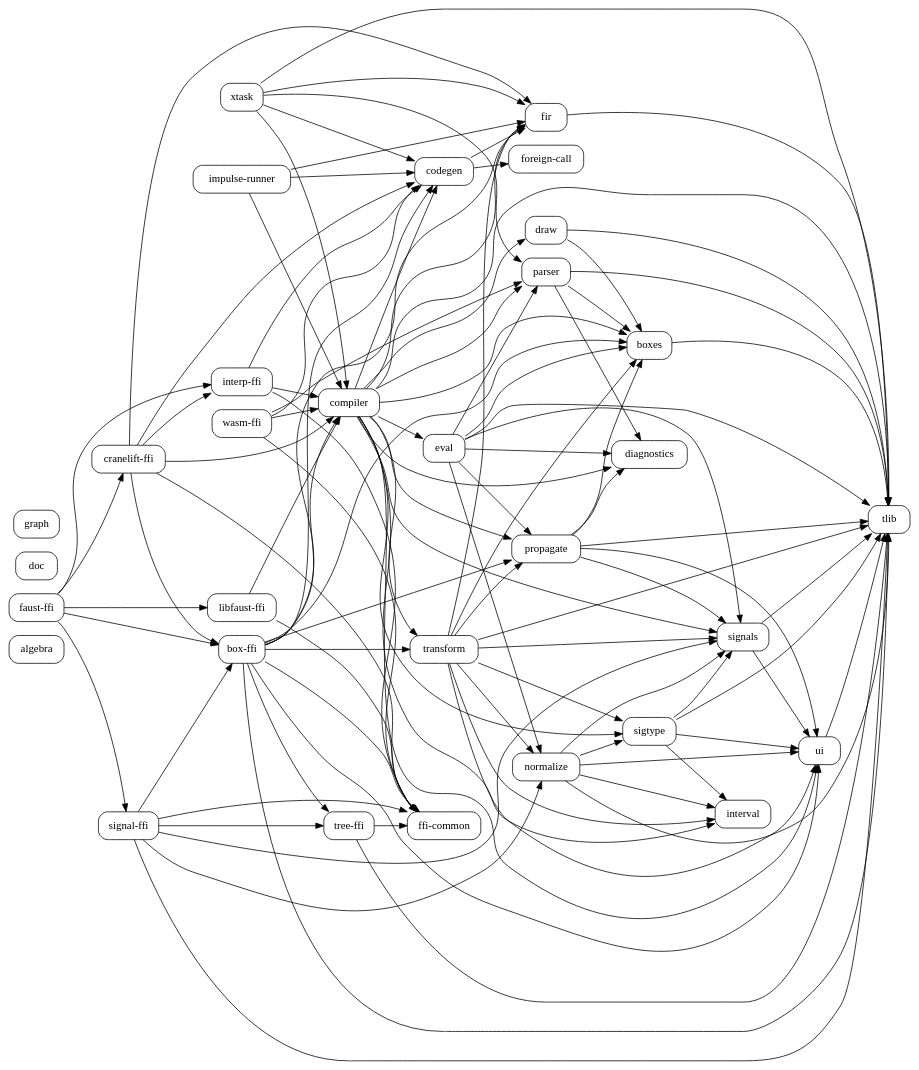
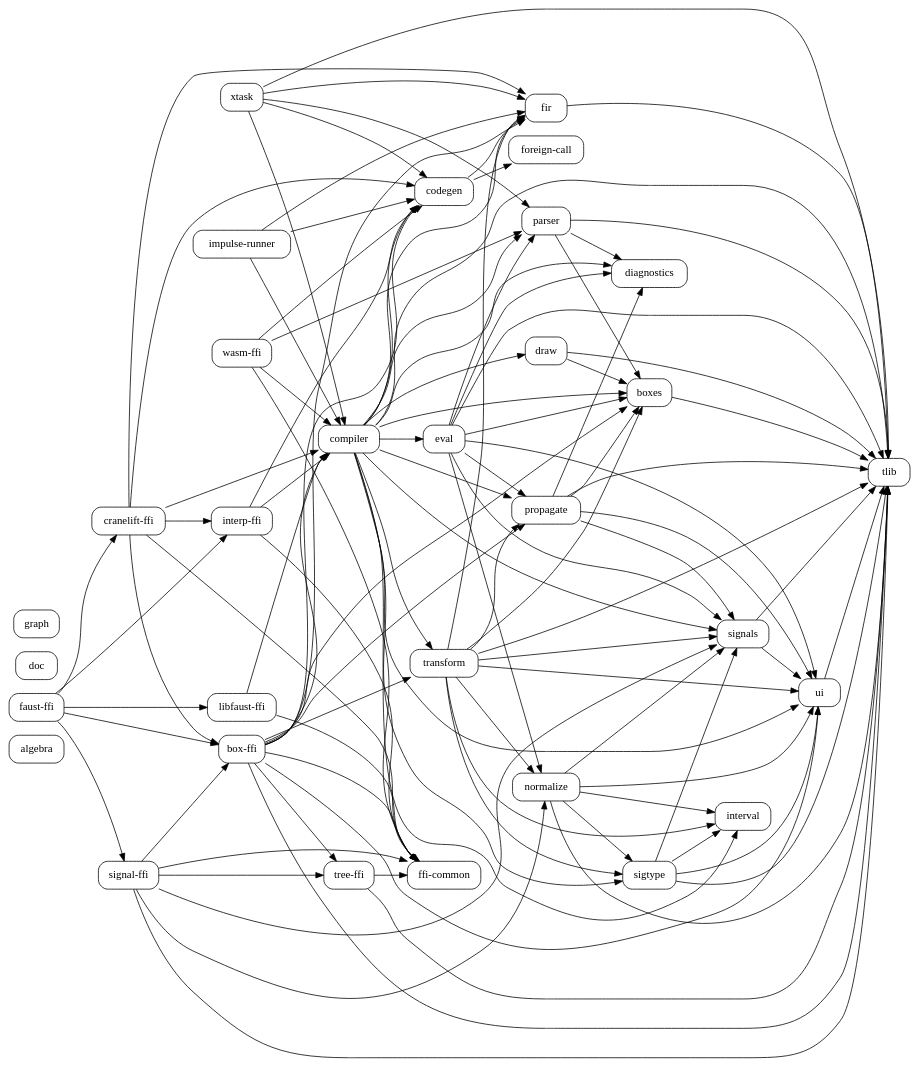
The diagram in docs/code-graphs/internal-crate-deps.dot (grame-cncm/faust-rs), drawn with Graphviz before and after one commit. The commit also changed 110 other files, not shown here.

```diff
--- a/docs/code-graphs/internal-crate-deps.dot
+++ b/docs/code-graphs/internal-crate-deps.dot
@@ -1,137 +1,138 @@
 digraph workspace_crates {
     rankdir=LR;
     node [shape=box, style="rounded"];
     "algebra";
     "box-ffi";
     "boxes";
     "codegen";
     "compiler";
     "cranelift-ffi";
     "diagnostics";
     "doc";
     "draw";
     "eval";
     "faust-ffi";
     "ffi-common";
     "fir";
     "foreign-call";
     "graph";
     "impulse-runner";
     "interp-ffi";
     "interval";
     "libfaust-ffi";
     "normalize";
     "parser";
     "propagate";
     "signal-ffi";
     "signals";
     "sigtype";
     "tlib";
     "transform";
     "tree-ffi";
     "ui";
     "wasm-ffi";
     "xtask";
     "box-ffi" -> "boxes";
     "box-ffi" -> "codegen";
     "box-ffi" -> "compiler";
     "box-ffi" -> "ffi-common";
     "box-ffi" -> "fir";
     "box-ffi" -> "propagate";
     "box-ffi" -> "tlib";
     "box-ffi" -> "transform";
     "box-ffi" -> "tree-ffi";
     "box-ffi" -> "ui";
     "boxes" -> "tlib";
     "codegen" -> "fir";
     "codegen" -> "foreign-call";
     "compiler" -> "boxes";
     "compiler" -> "codegen";
     "compiler" -> "diagnostics";
     "compiler" -> "draw";
     "compiler" -> "eval";
     "compiler" -> "fir";
     "compiler" -> "interval";
     "compiler" -> "parser";
     "compiler" -> "propagate";
     "compiler" -> "signals";
     "compiler" -> "sigtype";
     "compiler" -> "tlib";
     "compiler" -> "transform";
     "compiler" -> "ui";
     "cranelift-ffi" -> "box-ffi";
     "cranelift-ffi" -> "codegen";
     "cranelift-ffi" -> "compiler";
     "cranelift-ffi" -> "ffi-common";
     "cranelift-ffi" -> "fir";
     "cranelift-ffi" -> "interp-ffi";
     "draw" -> "boxes";
     "draw" -> "tlib";
     "eval" -> "boxes";
     "eval" -> "diagnostics";
     "eval" -> "normalize";
     "eval" -> "parser";
     "eval" -> "propagate";
     "eval" -> "signals";
     "eval" -> "tlib";
+    "eval" -> "ui";
     "faust-ffi" -> "box-ffi";
     "faust-ffi" -> "cranelift-ffi";
     "faust-ffi" -> "interp-ffi";
     "faust-ffi" -> "libfaust-ffi";
     "faust-ffi" -> "signal-ffi";
     "fir" -> "tlib";
     "impulse-runner" -> "codegen";
     "impulse-runner" -> "compiler";
     "impulse-runner" -> "fir";
     "interp-ffi" -> "codegen";
     "interp-ffi" -> "compiler";
     "interp-ffi" -> "ffi-common";
     "libfaust-ffi" -> "compiler";
     "libfaust-ffi" -> "ffi-common";
     "normalize" -> "interval";
     "normalize" -> "signals";
     "normalize" -> "sigtype";
     "normalize" -> "tlib";
     "normalize" -> "ui";
     "parser" -> "boxes";
     "parser" -> "diagnostics";
     "parser" -> "tlib";
     "propagate" -> "boxes";
     "propagate" -> "diagnostics";
     "propagate" -> "signals";
     "propagate" -> "tlib";
     "propagate" -> "ui";
     "signal-ffi" -> "box-ffi";
     "signal-ffi" -> "ffi-common";
     "signal-ffi" -> "normalize";
     "signal-ffi" -> "signals";
     "signal-ffi" -> "tlib";
     "signal-ffi" -> "tree-ffi";
     "signals" -> "tlib";
     "signals" -> "ui";
     "sigtype" -> "interval";
     "sigtype" -> "signals";
     "sigtype" -> "tlib";
     "sigtype" -> "ui";
     "transform" -> "boxes";
     "transform" -> "fir";
     "transform" -> "interval";
     "transform" -> "normalize";
     "transform" -> "propagate";
     "transform" -> "signals";
     "transform" -> "sigtype";
     "transform" -> "tlib";
     "transform" -> "ui";
     "tree-ffi" -> "ffi-common";
     "tree-ffi" -> "tlib";
     "ui" -> "tlib";
     "wasm-ffi" -> "codegen";
     "wasm-ffi" -> "compiler";
     "wasm-ffi" -> "ffi-common";
     "wasm-ffi" -> "parser";
     "xtask" -> "codegen";
     "xtask" -> "compiler";
     "xtask" -> "fir";
     "xtask" -> "parser";
     "xtask" -> "tlib";
 }
```
